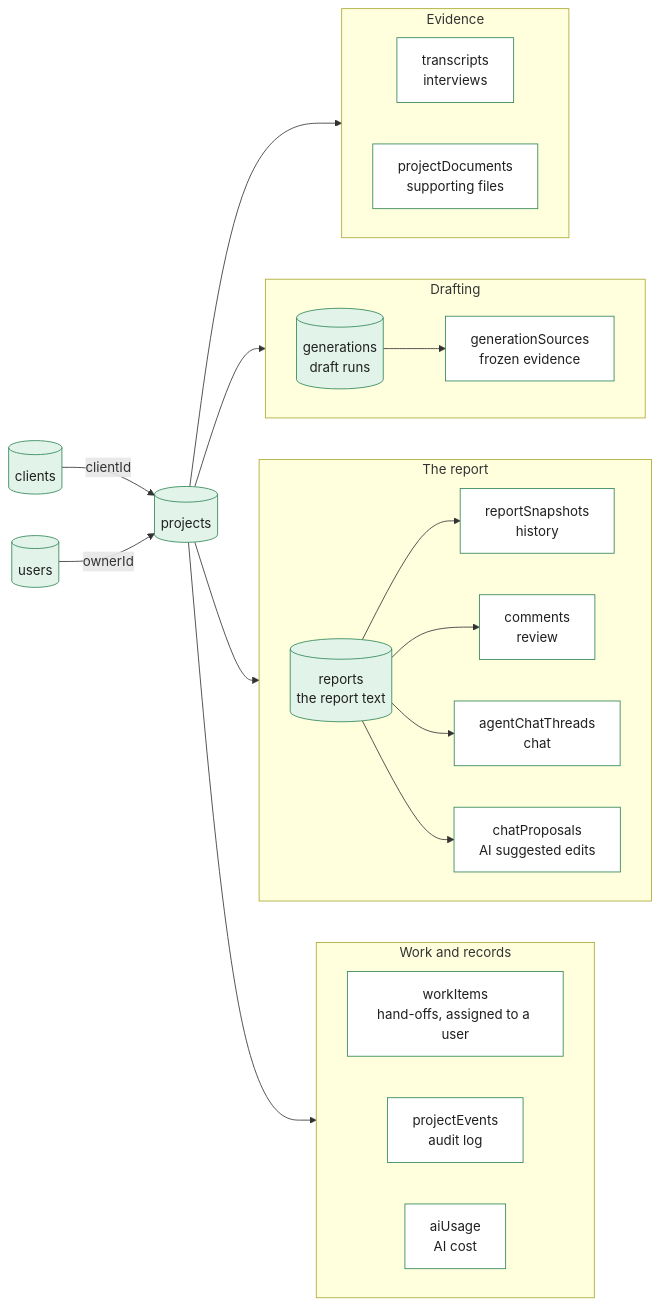
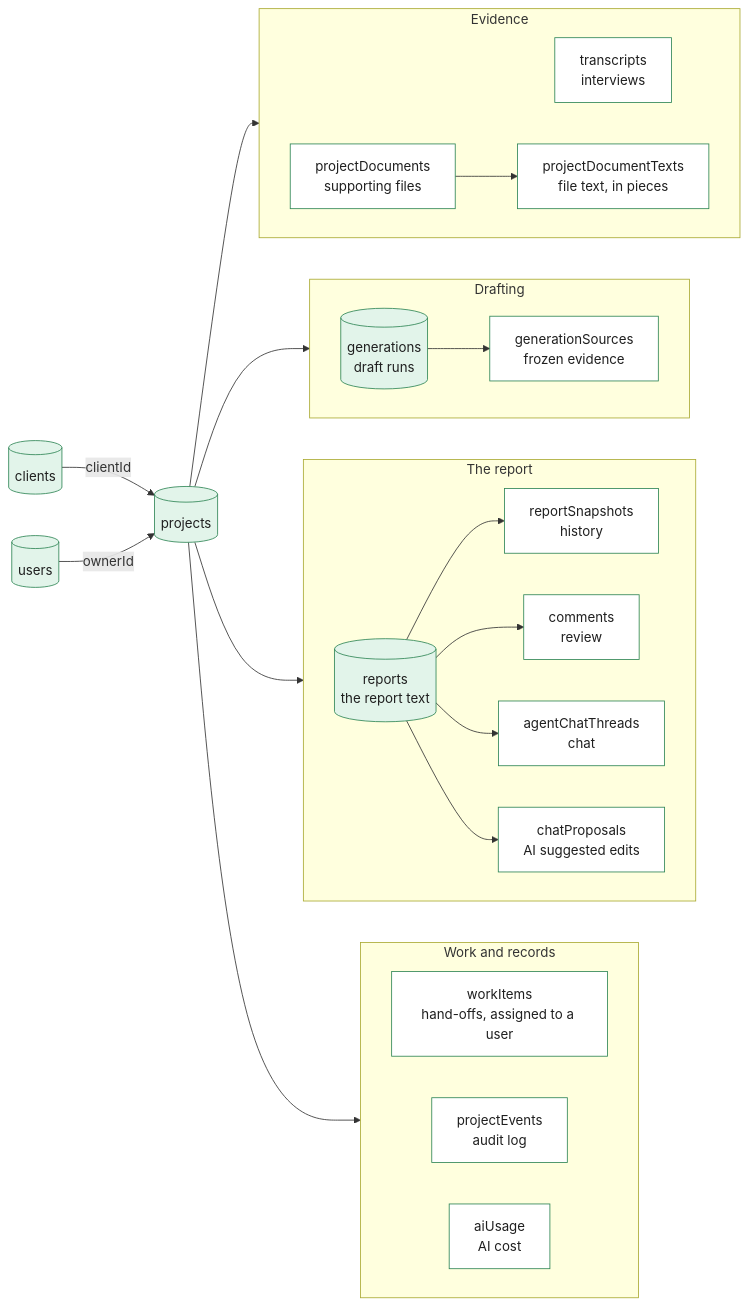
Before and after one commit to Choquer-agency/Banhall: the third of 12 diagrams in docs/architecture.md, drawn with Mermaid. The commit also changed other lines of this file and 4 other files, not shown here.

First line of the commit message:
Add the one-off copy and clear passes that move existing file text to pieces

````diff
--- a/docs/architecture.md
+++ b/docs/architecture.md
@@ -138,49 +138,51 @@
 ```mermaid
 flowchart LR
   classDef core fill:#E2F4EA,stroke:#2E8555,color:#1F1F1F
   classDef child fill:#FFFFFF,stroke:#2E8555,color:#1F1F1F
 
   clients[("clients")]:::core
   users[("users")]:::core
   projects[("projects")]:::core
 
   subgraph evidence["Evidence"]
     direction LR
     transcripts["transcripts<br/>interviews"]:::child
     projectDocuments["projectDocuments<br/>supporting files"]:::child
+    projectDocumentTexts["projectDocumentTexts<br/>file text, in pieces"]:::child
+    projectDocuments --> projectDocumentTexts
   end
 
   subgraph drafting["Drafting"]
     direction LR
     generations[("generations<br/>draft runs")]:::core
     generationSources["generationSources<br/>frozen evidence"]:::child
     generations --> generationSources
   end
 
   subgraph report["The report"]
     direction LR
     reports[("reports<br/>the report text")]:::core
     reportSnapshots["reportSnapshots<br/>history"]:::child
     comments["comments<br/>review"]:::child
     agentChatThreads["agentChatThreads<br/>chat"]:::child
     chatProposals["chatProposals<br/>AI suggested edits"]:::child
     reports --> reportSnapshots
     reports --> comments
     reports --> agentChatThreads
     reports --> chatProposals
   end
 
   subgraph work["Work and records"]
     direction LR
     workItems["workItems<br/>hand-offs, assigned to a user"]:::child
     projectEvents["projectEvents<br/>audit log"]:::child
     aiUsage["aiUsage<br/>AI cost"]:::child
   end
 
   clients -- "clientId" --> projects
   users -- "ownerId" --> projects
   projects --> evidence
   projects --> drafting
   projects --> report
   projects --> work
 ```
````
